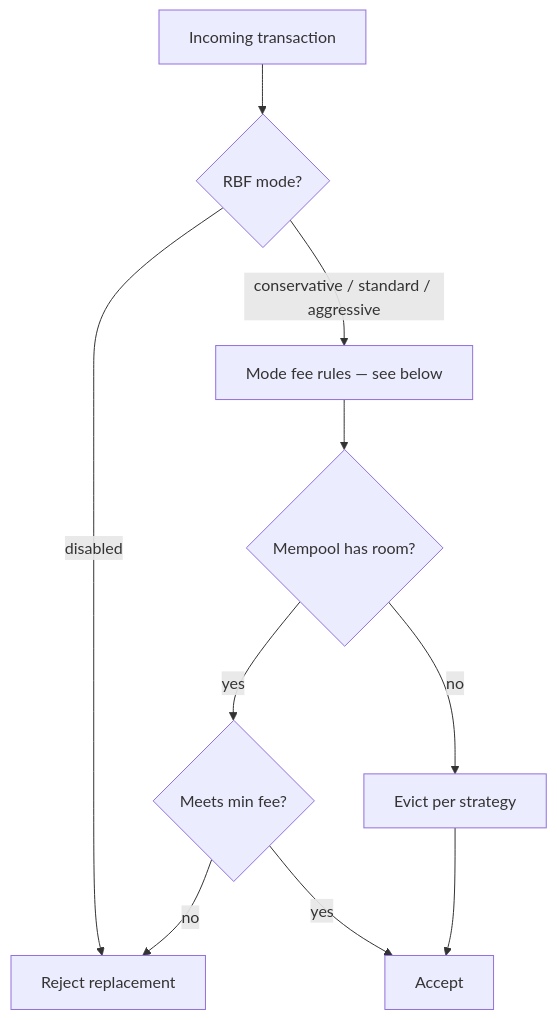
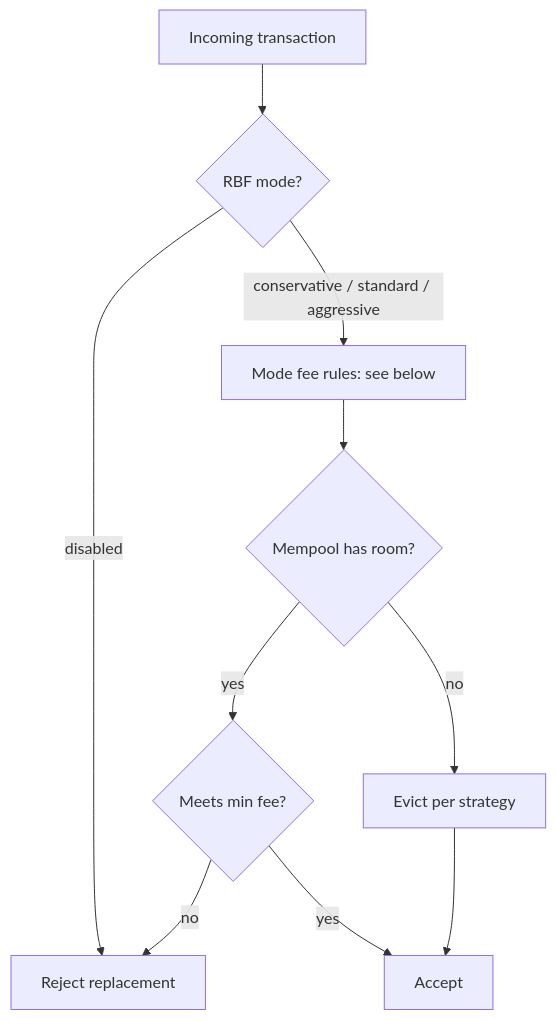
One commit to BTCDecoded/blvm-docs changed the diagram in src/node/rbf-mempool-policies.md. Above: the diagram before and after it, drawn with Mermaid. The commit also changed other lines of this file and 89 other files, not shown here.

````diff
--- a/src/node/rbf-mempool-policies.md
+++ b/src/node/rbf-mempool-policies.md
@@ -7,12 +7,12 @@
 ```mermaid
 flowchart TD
-    TX[Incoming transaction] --> RBF{RBF mode?}
-    RBF -->|disabled| REJ[Reject replacement]
-    RBF -->|conservative / standard / aggressive| RULES[Mode fee rules — see below]
-    RULES --> CAP{Mempool has room?}
-    CAP -->|yes| FEE{Meets min fee?}
-    CAP -->|no| EVICT[Evict per strategy]
-    FEE -->|yes| ACC[Accept]
-    FEE -->|no| REJ
-    EVICT --> ACC
+ TX[Incoming transaction] --> RBF{RBF mode?}
+ RBF -->|disabled| REJ[Reject replacement]
+ RBF -->|conservative / standard / aggressive| RULES[Mode fee rules: see below]
+ RULES --> CAP{Mempool has room?}
+ CAP -->|yes| FEE{Meets min fee?}
+ CAP -->|no| EVICT[Evict per strategy]
+ FEE -->|yes| ACC[Accept]
+ FEE -->|no| REJ
+ EVICT --> ACC
 ```
````
